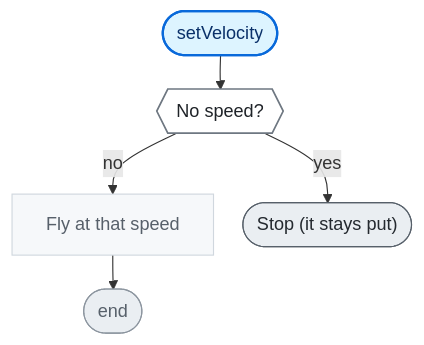
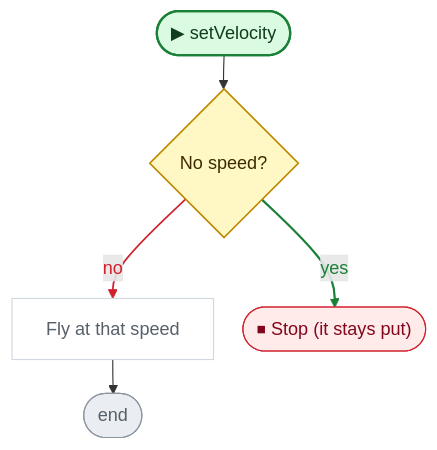
One commit to nataiai/Lord-of-the-Dungeon changed the second of 4 diagrams in CodeGraph~/graph/HitBox.cs.md. Above: the diagram before and after it, drawn with Mermaid. The commit also changed other lines of this file and 44 other files, not shown here.

````diff
--- a/CodeGraph~/graph/HitBox.cs.md
+++ b/CodeGraph~/graph/HitBox.cs.md
@@ -56,34 +56,40 @@
 ```mermaid
 ---
 config:
   flowchart:
     wrappingWidth: 260
     nodeSpacing: 26
     rankSpacing: 30
 ---
 flowchart TD
-  nS(["setVelocity"])
-  n107d06{{"No speed?"}}
+  nS(["▶ setVelocity"])
+  n107d06{"No speed?"}
   n241099["Fly at that speed"]
   nE(["end"])
-  nb2e4fc(["Stop (it stays put)"])
+  nb2e4fc(["⏹ Stop (it stays put)"])
   nS --> n107d06
   n107d06 -->|no| n241099
   n107d06 -->|yes| nb2e4fc
   n241099 --> nE
-  classDef unity fill:#fff1c2,stroke:#9a6700,stroke-width:2px,color:#3b2300
-  classDef start fill:#ddf4ff,stroke:#0969da,stroke-width:2px,color:#0a3069
-  classDef calc fill:#f6f8fa,stroke:#d0d7de,color:#57606a
-  classDef calls fill:#ffffff,stroke:#0969da,stroke-width:2.5px,color:#0a3069
-  classDef cond fill:#ffffff,stroke:#6e7781,stroke-width:1.5px,color:#1f2328
-  classDef loop fill:#fbefff,stroke:#8250df,color:#3e1f79
-  classDef exit fill:#eaeef2,stroke:#57606a,color:#24292f
-  classDef wait fill:#fff8f0,stroke:#bc4c00,color:#4d1d00
+  linkStyle 1 stroke:#cf222e,stroke-width:1.5px,color:#cf222e
+  linkStyle 2 stroke:#1a7f37,stroke-width:2px,color:#1a7f37
+  classDef unity fill:#dafbe1,stroke:#1a7f37,stroke-width:2px,color:#0f3d1d
+  classDef start fill:#dafbe1,stroke:#1a7f37,stroke-width:2px,color:#0f3d1d
+  classDef calc fill:#ffffff,stroke:#d0d7de,color:#57606a
+  classDef calls fill:#ddf4ff,stroke:#0969da,stroke-width:2px,color:#0a3069
+  classDef ext fill:#ddf4ff,stroke:#0969da,stroke-width:2px,stroke-dasharray:5 3,color:#0a3069
+  classDef cond fill:#fff8c5,stroke:#bf8700,stroke-width:1.5px,color:#3d2a00
+  classDef loop fill:#f6f8fa,stroke:#57606a,color:#1f2328
+  classDef exit fill:#ffebe9,stroke:#cf222e,color:#82071e
+  classDef kill fill:#ffebe9,stroke:#cf222e,stroke-width:2px,color:#82071e
+  classDef spawn fill:#dafbe1,stroke:#1a7f37,stroke-width:2px,color:#0f3d1d
+  classDef wait fill:#fff1e5,stroke:#bc4c00,color:#4d1d00
   classDef fin fill:#eaeef2,stroke:#8c959f,color:#57606a
   classDef join fill:#d0d7de,stroke:#8c959f,color:#57606a
+  classDef ghdr fill:#f5f9ff,stroke:#f5f9ff,color:#0a3069,font-weight:bold
   class n241099 calc
   class n107d06 cond
   class nb2e4fc exit
   class nE fin
   class nS start
 ```
````
